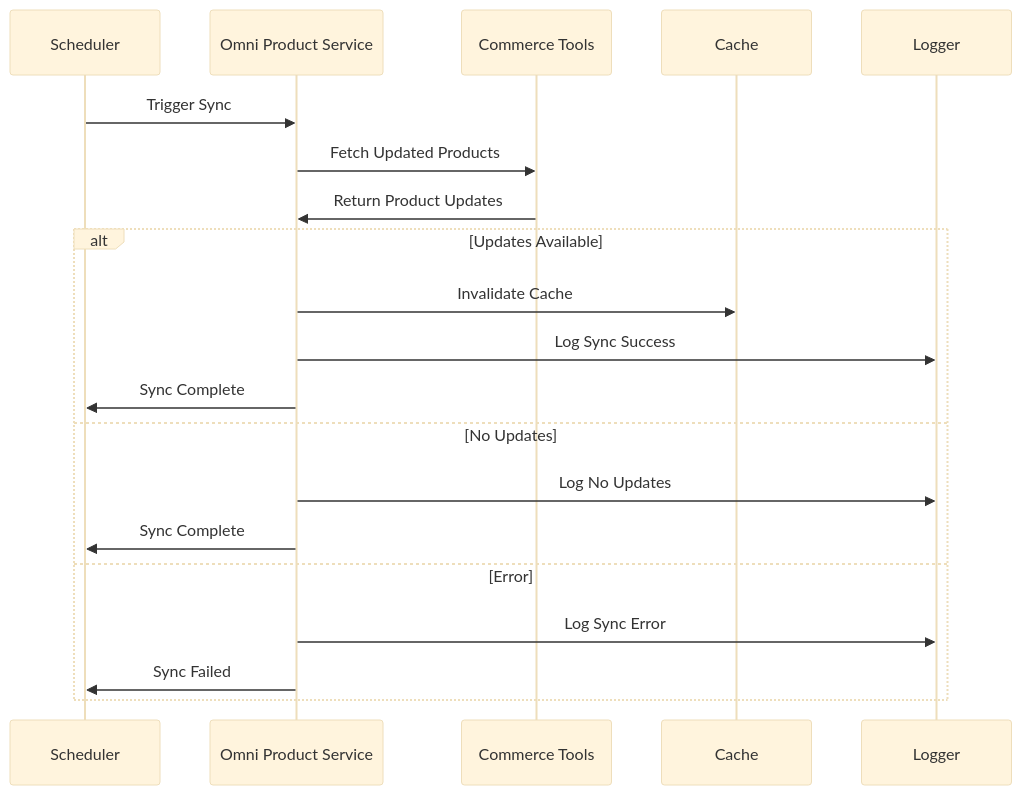
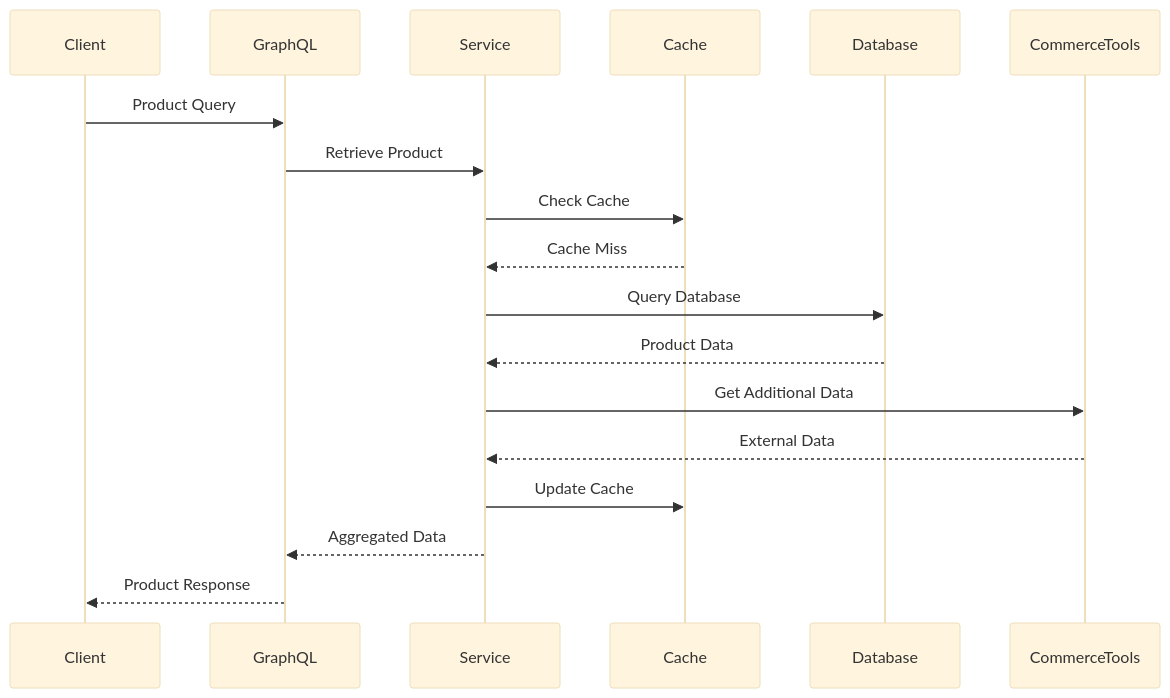
One commit to aahmadseph/SST-Phase-2 changed the fourth of 12 diagrams in generated-docs/omni-product-service-architecture.md. Above: the diagram before and after it, drawn with Mermaid (base theme). The commit also changed other lines of this file and 13 other files, not shown here.

````diff
--- a/generated-docs/omni-product-service-architecture.md
+++ b/generated-docs/omni-product-service-architecture.md
@@ -792,24 +251,21 @@
 ```mermaid
 sequenceDiagram
-    participant Scheduler as Scheduler
-    participant OmniProduct as Omni Product Service
-    participant Commerce as Commerce Tools
-    participant Cache as Cache
-    participant Logger as Logger
+    participant Client
+    participant GraphQL
+    participant Service
+    participant Cache
+    participant Database
+    participant CommerceTools
     
-    Scheduler->>OmniProduct: Trigger Sync
-    OmniProduct->>Commerce: Fetch Updated Products
-    Commerce->>OmniProduct: Return Product Updates
-    
-    alt Updates Available
-        OmniProduct->>Cache: Invalidate Cache
-        OmniProduct->>Logger: Log Sync Success
-        OmniProduct->>Scheduler: Sync Complete
-    else No Updates
-        OmniProduct->>Logger: Log No Updates
-        OmniProduct->>Scheduler: Sync Complete
-    else Error
-        OmniProduct->>Logger: Log Sync Error
-        OmniProduct->>Scheduler: Sync Failed
-    end
+    Client->>GraphQL: Product Query
+    GraphQL->>Service: Retrieve Product
+    Service->>Cache: Check Cache
+    Cache-->>Service: Cache Miss
+    Service->>Database: Query Database
+    Database-->>Service: Product Data
+    Service->>CommerceTools: Get Additional Data
+    CommerceTools-->>Service: External Data
+    Service->>Cache: Update Cache
+    Service-->>GraphQL: Aggregated Data
+    GraphQL-->>Client: Product Response
 ```
````
